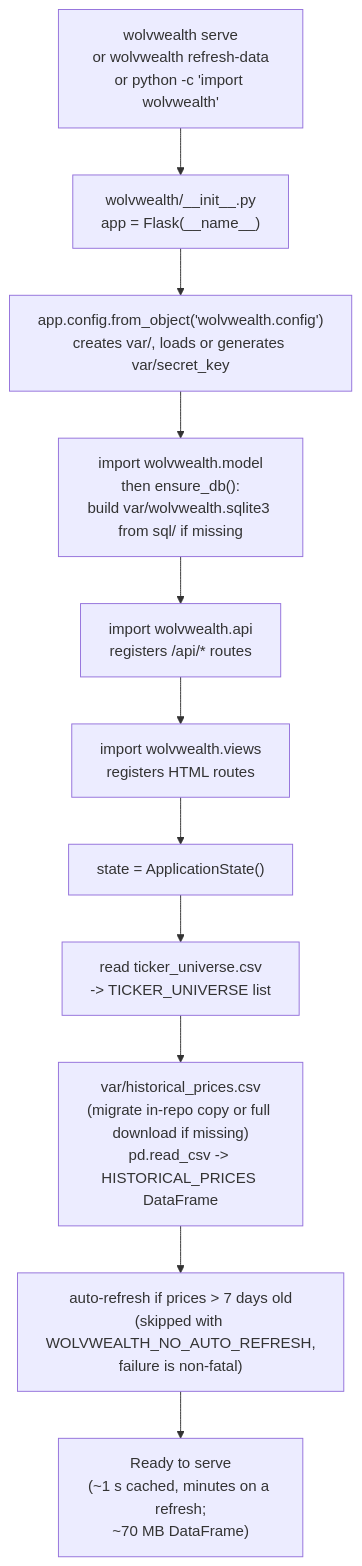
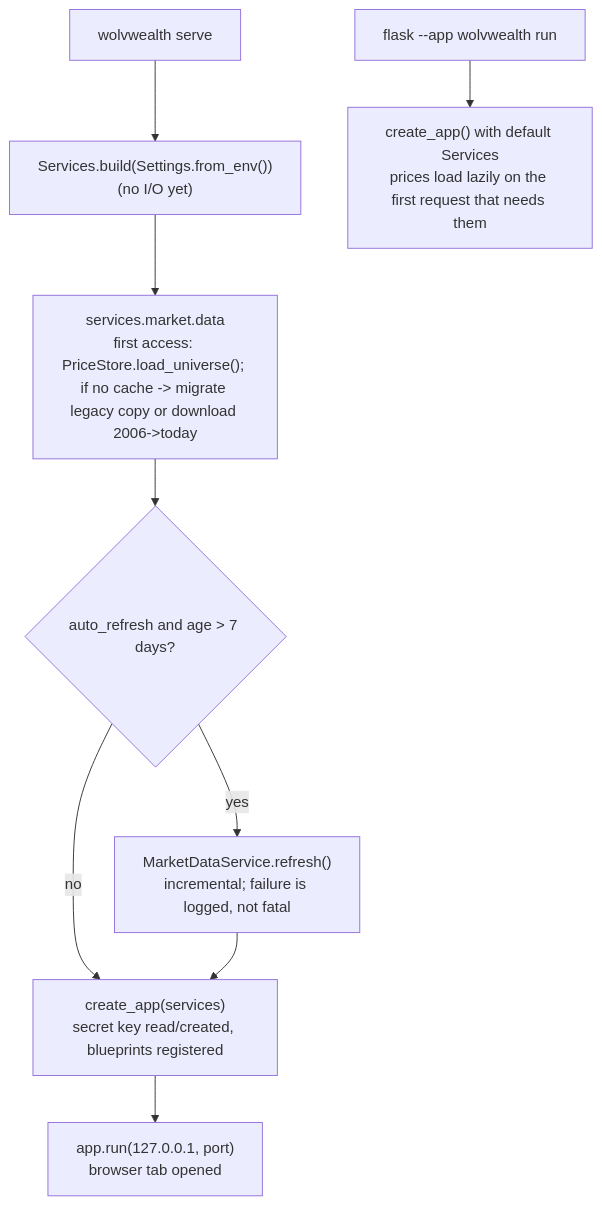
The second of 9 diagrams in ARCHITECTURE.md (rramboer/WolvWealth), drawn with Mermaid before and after one commit. The commit also changed other lines of this file and 68 other files, not shown here.

````diff
--- a/ARCHITECTURE.md
+++ b/ARCHITECTURE.md
@@ -118,13 +120,11 @@
 ```mermaid
 flowchart TD
-    A["wolvwealth serve<br/>or wolvwealth refresh-data<br/>or python -c 'import wolvwealth'"] --> B["wolvwealth/__init__.py<br/>app = Flask(__name__)"]
-    B --> C["app.config.from_object('wolvwealth.config')<br/>creates var/, loads or generates var/secret_key"]
-    C --> D["import wolvwealth.model<br/>then ensure_db():<br/>build var/wolvwealth.sqlite3 from sql/ if missing"]
-    D --> E["import wolvwealth.api<br/>registers /api/* routes"]
-    E --> F["import wolvwealth.views<br/>registers HTML routes"]
-    F --> G["state = ApplicationState()"]
-    G --> H["read ticker_universe.csv<br/>-> TICKER_UNIVERSE list"]
-    H --> I["var/historical_prices.csv<br/>(migrate in-repo copy or full download if missing)<br/>pd.read_csv -> HISTORICAL_PRICES DataFrame"]
-    I --> R["auto-refresh if prices > 7 days old<br/>(skipped with WOLVWEALTH_NO_AUTO_REFRESH,<br/>failure is non-fatal)"]
-    R --> J["Ready to serve<br/>(~1 s cached, minutes on a refresh;<br/>~70 MB DataFrame)"]
+    A["wolvwealth serve"] --> B["Services.build(Settings.from_env())<br/>(no I/O yet)"]
+    B --> C["services.market.data<br/>first access: PriceStore.load_universe(); if no cache -> migrate legacy copy or download 2006->today"]
+    C --> D{"auto_refresh and age > 7 days?"}
+    D -- yes --> E["MarketDataService.refresh()<br/>incremental; failure is logged, not fatal"]
+    D -- no --> F
+    E --> F["create_app(services)<br/>secret key read/created, blueprints registered"]
+    F --> G["app.run(127.0.0.1, port)<br/>browser tab opened"]
+    H["flask --app wolvwealth run"] --> I["create_app() with default Services<br/>prices load lazily on the first request that needs them"]
 ```
````
